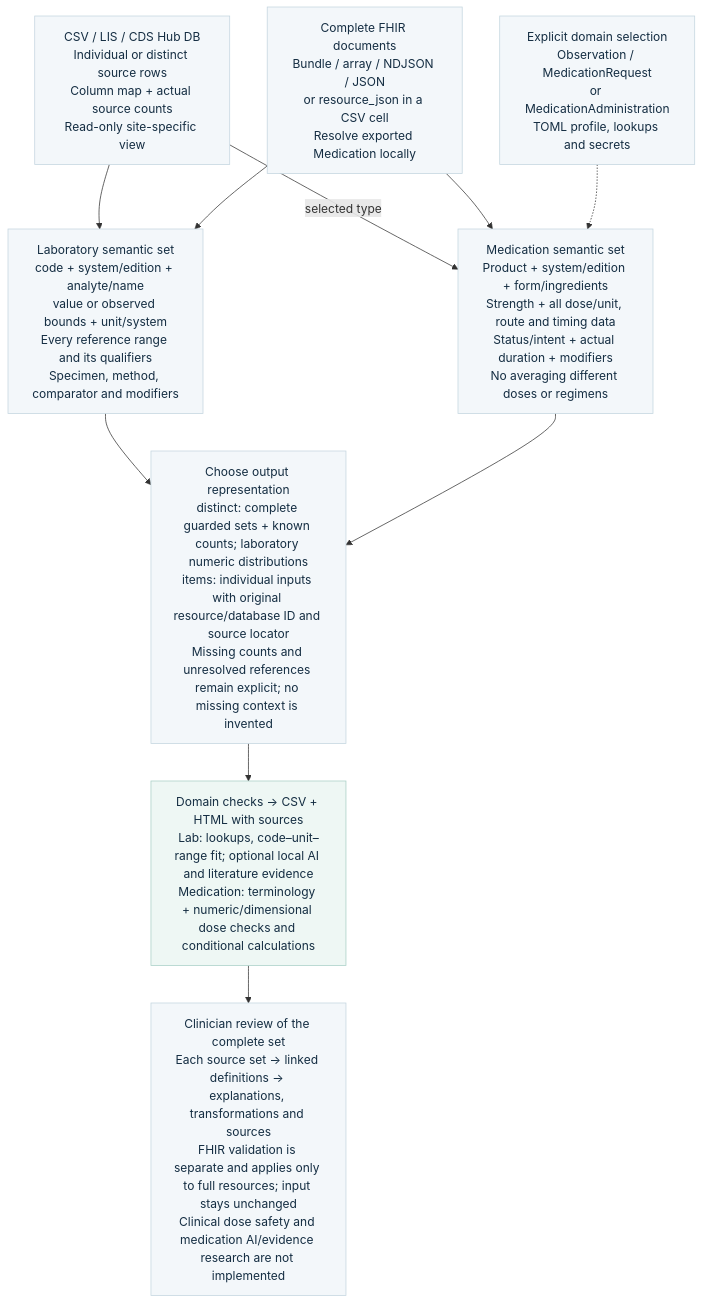
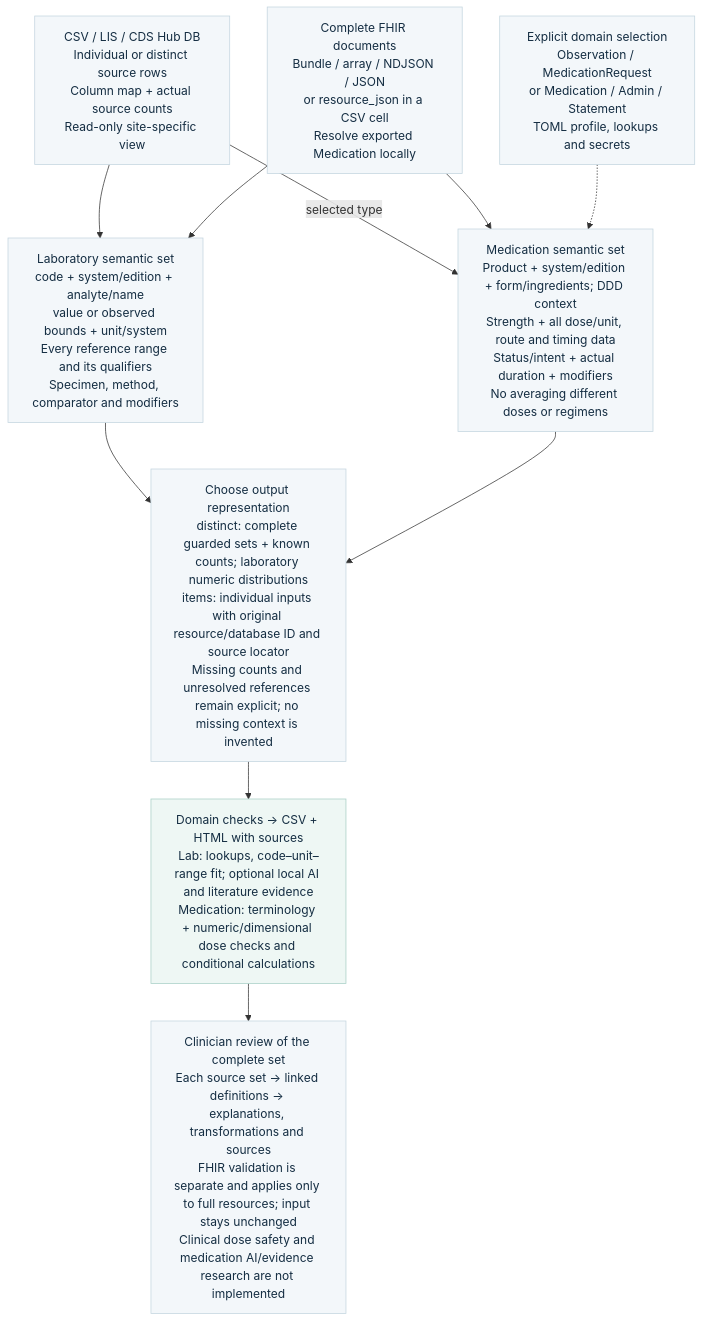
Before and after one commit to neumdan/semantic-plausibility: the diagram in docs/batch-flow.mmd, drawn with Mermaid. The commit also changed 52 other files, not shown here.

```diff
--- a/docs/batch-flow.mmd
+++ b/docs/batch-flow.mmd
@@ -1,24 +1,24 @@
 %% Same node/edge contract as batch-flow.svg.
 flowchart TD
     CSV["CSV / LIS / CDS Hub DB<br/>Individual or distinct source rows<br/>Column map + actual source counts<br/>Read-only site-specific view"]
     FHIR["Complete FHIR documents<br/>Bundle / array / NDJSON / JSON<br/>or resource_json in a CSV cell<br/>Resolve exported Medication locally"]
-    CONFIG["Explicit domain selection<br/>Observation / MedicationRequest<br/>or MedicationAdministration<br/>TOML profile, lookups and secrets"]
+    CONFIG["Explicit domain selection<br/>Observation / MedicationRequest<br/>or Medication / Admin / Statement<br/>TOML profile, lookups and secrets"]
     LAB["Laboratory semantic set<br/>code + system/edition + analyte/name<br/>value or observed bounds + unit/system<br/>Every reference range and its qualifiers<br/>Specimen, method, comparator and modifiers"]
-    MED["Medication semantic set<br/>Product + system/edition + form/ingredients<br/>Strength + all dose/unit, route and timing data<br/>Status/intent + actual duration + modifiers<br/>No averaging different doses or regimens"]
+    MED["Medication semantic set<br/>Product + system/edition + form/ingredients; DDD context<br/>Strength + all dose/unit, route and timing data<br/>Status/intent + actual duration + modifiers<br/>No averaging different doses or regimens"]
     GROUP["Choose output representation<br/>distinct: complete guarded sets + known counts; laboratory numeric distributions<br/>items: individual inputs with original resource/database ID and source locator<br/>Missing counts and unresolved references remain explicit; no missing context is invented"]
     CHECK["Domain checks → CSV + HTML with sources<br/>Lab: lookups, code–unit–range fit; optional local AI and literature evidence<br/>Medication: terminology + numeric/dimensional dose checks and conditional calculations"]
     REVIEW["Clinician review of the complete set<br/>Each source set → linked definitions → explanations, transformations and sources<br/>FHIR validation is separate and applies only to full resources; input stays unchanged<br/>Clinical dose safety and medication AI/evidence research are not implemented"]
     CSV --> LAB
     CSV --> |"selected type"| MED
     FHIR --> LAB
     FHIR --> MED
     CONFIG -.-> MED
     LAB --> GROUP
     MED --> GROUP
     GROUP --> CHECK
     CHECK --> REVIEW
     classDef normal fill:#f3f7fa,stroke:#c4d5df,color:#142d42
     class CSV,FHIR,CONFIG,LAB,MED,GROUP,REVIEW normal
     classDef teal fill:#eef7f4,stroke:#a8cfc6,color:#142d42
     class CHECK teal
     classDef error fill:#fcf1f3,stroke:#ecc7cf,color:#142d42
```
